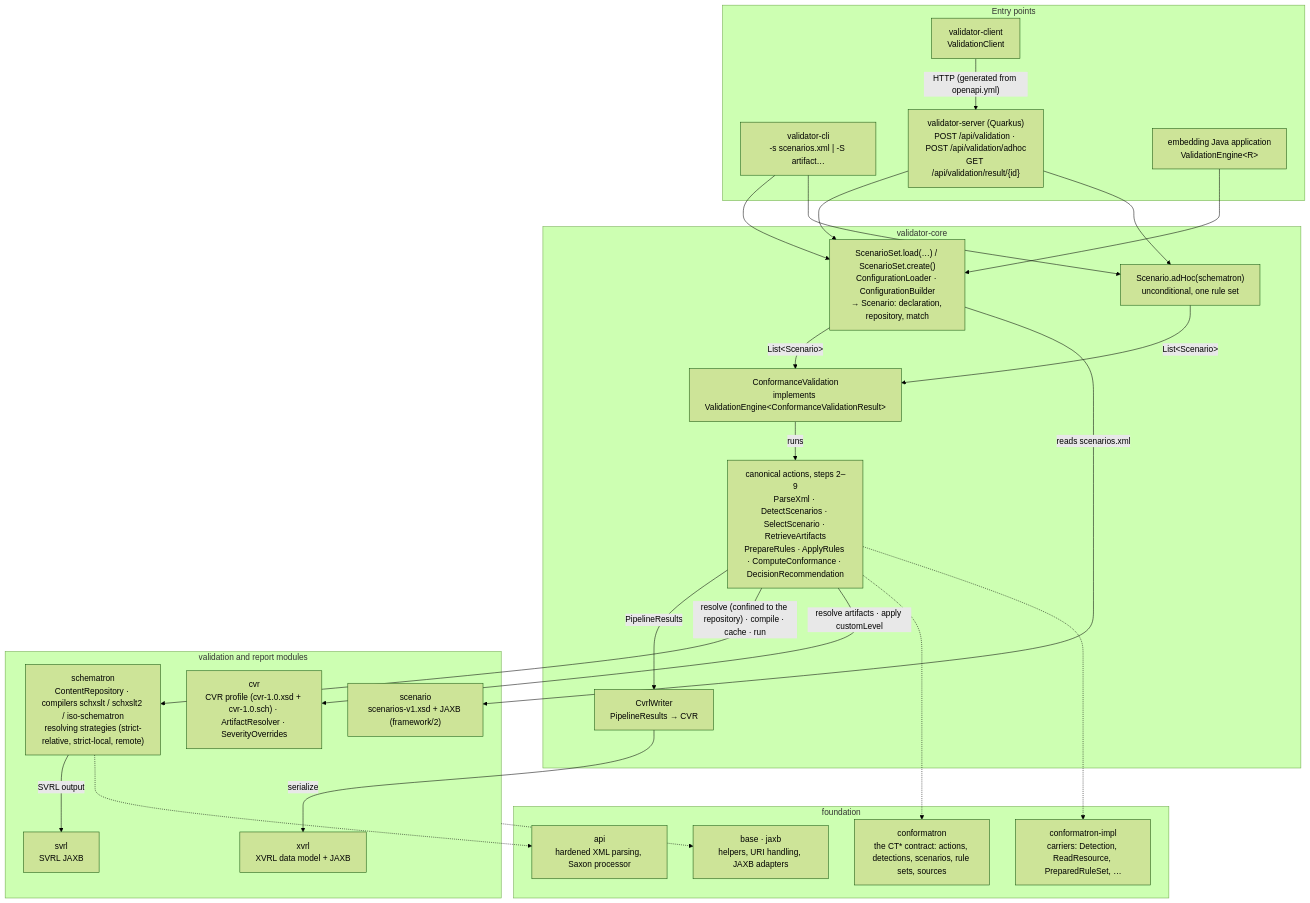
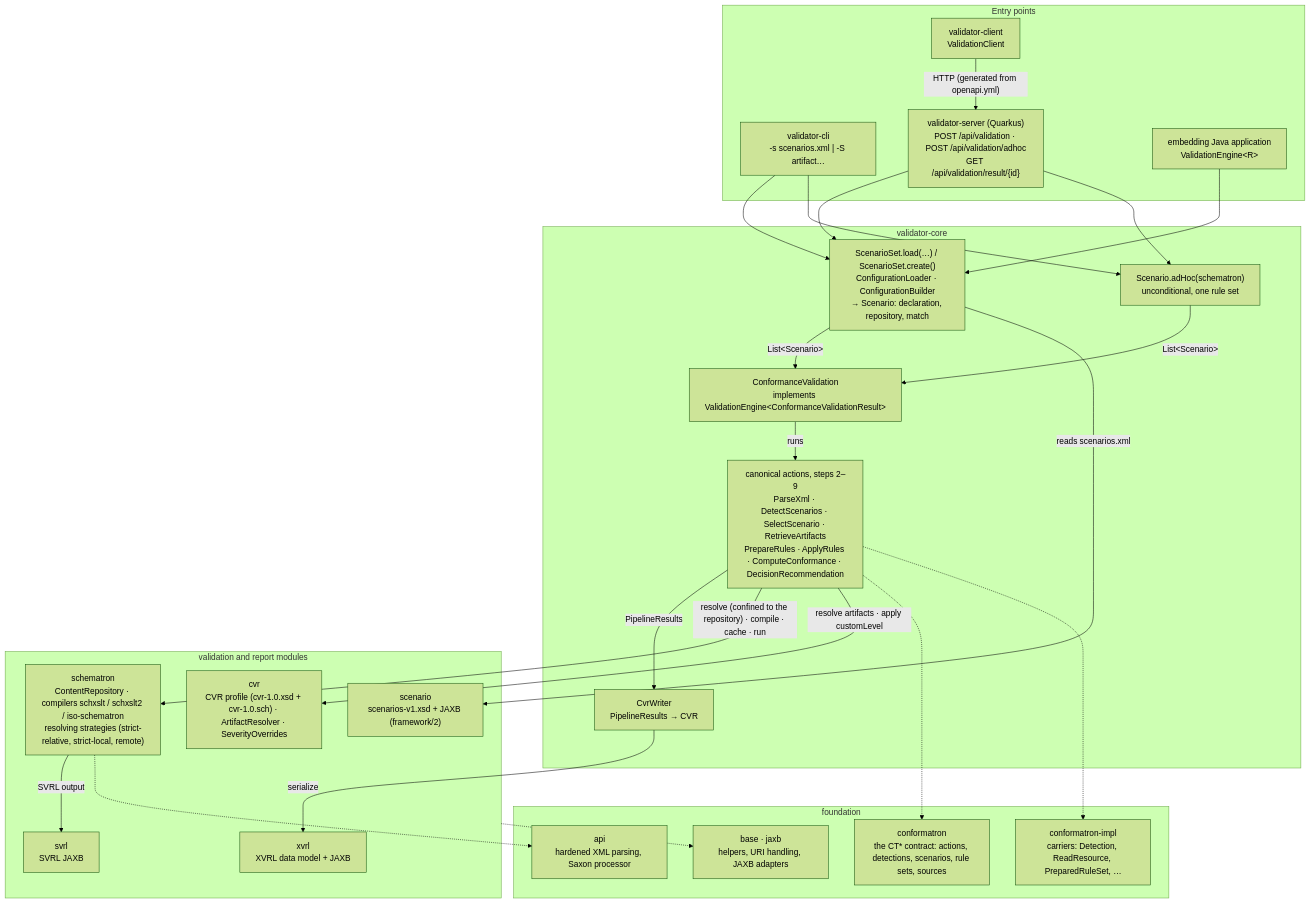
Before and after one commit to itplr-kosit/validator: the first of 4 diagrams in docs/architecture.md, drawn with Mermaid (forest theme). The commit also changed other lines of this file and 351 other files, not shown here.

Commit message:
CVRL to CVR

````diff
--- a/docs/architecture.md
+++ b/docs/architecture.md
@@ -15,51 +15,51 @@
 ```mermaid
 flowchart TB
     subgraph entry["Entry points"]
         CLI["validator-cli<br/>-s scenarios.xml | -S artifact…"]
         SRV["validator-server (Quarkus)<br/>POST /api/validation · POST /api/validation/adhoc<br/>GET /api/validation/result/{id}"]
         CLT["validator-client<br/>ValidationClient"]
         APP["embedding Java application<br/>ValidationEngine&lt;R&gt;"]
     end
     CLT -- "HTTP (generated from openapi.yml)" --> SRV
 
     subgraph core["validator-core"]
         LOAD["ScenarioSet.load(…) / ScenarioSet.create()<br/>ConfigurationLoader · ConfigurationBuilder<br/>→ Scenario: declaration, repository, match"]
         ADHOC["Scenario.adHoc(schematron)<br/>unconditional, one rule set"]
         ENG["ConformanceValidation<br/>implements ValidationEngine&lt;ConformanceValidationResult&gt;"]
         ACT["canonical actions, steps 2–9<br/>ParseXml · DetectScenarios · SelectScenario · RetrieveArtifacts<br/>PrepareRules · ApplyRules · ComputeConformance · DecisionRecommendation"]
-        WR["CvrlWriter<br/>PipelineResults → CVR"]
+        WR["CvrWriter<br/>PipelineResults → CVR"]
     end
     CLI --> LOAD
     CLI --> ADHOC
     SRV --> LOAD
     SRV --> ADHOC
     APP --> LOAD
     LOAD -- "List&lt;Scenario&gt;" --> ENG
     ADHOC -- "List&lt;Scenario&gt;" --> ENG
     ENG -- "runs" --> ACT
     ACT -- "PipelineResults" --> WR
 
     subgraph engines["validation and report modules"]
         SCH["schematron<br/>ContentRepository · compilers schxslt / schxslt2 / iso-schematron<br/>resolving strategies (strict-relative, strict-local, remote)"]
         CVRM["cvr<br/>CVR profile (cvr-1.0.xsd + cvr-1.0.sch) · ArtifactResolver · SeverityOverrides"]
         XVRL["xvrl<br/>XVRL data model + JAXB"]
         SCEN["scenario<br/>scenarios-v1.xsd + JAXB (framework/2)"]
         SVRL["svrl<br/>SVRL JAXB"]
     end
     LOAD -- "reads scenarios.xml" --> SCEN
     ACT -- "resolve (confined to the repository) · compile · cache · run" --> SCH
     ACT -- "resolve artifacts · apply customLevel" --> CVRM
     SCH -- "SVRL output" --> SVRL
     WR -- "serialize" --> XVRL
 
     subgraph found["foundation"]
         CTAPI["conformatron<br/>the CT* contract: actions, detections, scenarios, rule sets, sources"]
         CTIMPL["conformatron-impl<br/>carriers: Detection, ReadResource, PreparedRuleSet, …"]
         API["api<br/>hardened XML parsing, Saxon processor"]
         BASE["base · jaxb<br/>helpers, URI handling, JAXB adapters"]
     end
     ACT -.-> CTAPI
     ACT -.-> CTIMPL
     SCH -.-> API
     engines -.-> BASE
 ```
````
